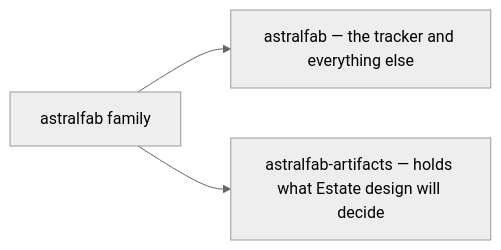
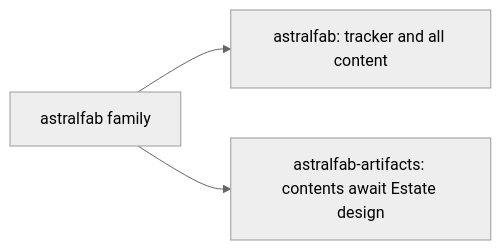
One commit to tclyu/astralfab changed the first of 2 diagrams in AGENTS.md. Above: the diagram before and after it, drawn with Mermaid (neutral theme). The commit also changed other lines of this file, not shown here.

Commit message:
AGENTS.md: identity and documentation rules corrected; diagram labels ASCII

````diff
--- a/AGENTS.md
+++ b/AGENTS.md
@@ -7,5 +7,5 @@
 ```mermaid
 flowchart LR
-  family["astralfab family"] --> fab["astralfab — the tracker and everything else"]
-  family --> art["astralfab-artifacts — holds what Estate design will decide"]
+  family[astralfab family] --> fab["astralfab: tracker and all content"]
+  family --> art["astralfab-artifacts: contents await Estate design"]
 ```
````
